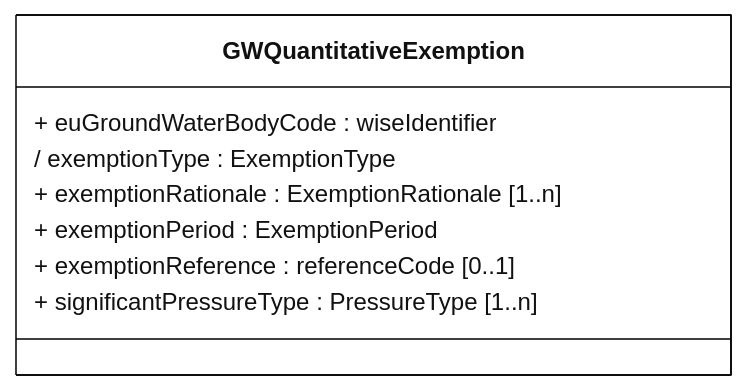
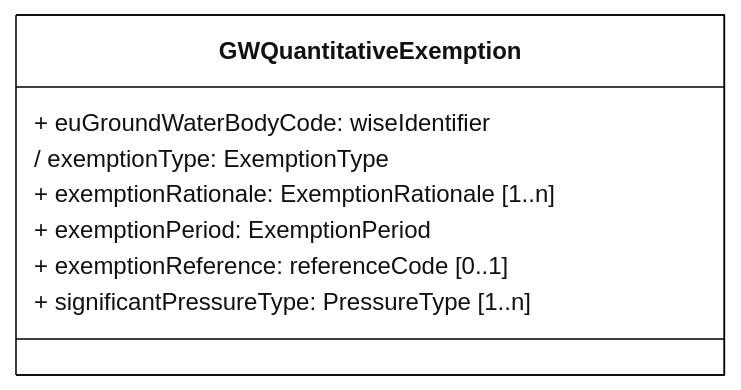
Before and after one commit to eeadata/WISE.WFD.Documentation: the diagram in docs/DataModelReview/mmd/Exemptions_4thCycle_GWQuantitativeExemption_ClassDiagram.mmd, drawn with Mermaid. The commit also changed 49 other files, not shown here.

```diff
--- a/docs/DataModelReview/mmd/Exemptions_4thCycle_GWQuantitativeExemption_ClassDiagram.mmd
+++ b/docs/DataModelReview/mmd/Exemptions_4thCycle_GWQuantitativeExemption_ClassDiagram.mmd
@@ -1,19 +1,19 @@
 ---
 config:
   class:
     hideEmptyMembersBox: true
   layout: dagre
   theme: neutral
 ---
 classDiagram
 class GWQuantitativeExemption{
-	+ euGroundWaterBodyCode : wiseIdentifier
-	/ exemptionType : ExemptionType
-	+ exemptionRationale : ExemptionRationale [1..n]
-	+ exemptionPeriod : ExemptionPeriod
-	+ exemptionReference : referenceCode [0..1]
-	+ significantPressureType : PressureType [1..n]
+	+ euGroundWaterBodyCode: wiseIdentifier
+	/ exemptionType: ExemptionType
+	+ exemptionRationale: ExemptionRationale [1..n]
+	+ exemptionPeriod: ExemptionPeriod
+	+ exemptionReference: referenceCode [0..1]
+	+ significantPressureType: PressureType [1..n]
 }
 
 classDef default fill:white,stroke:#000;
 classDef forFixing fill:white,stroke:#f00;
```
